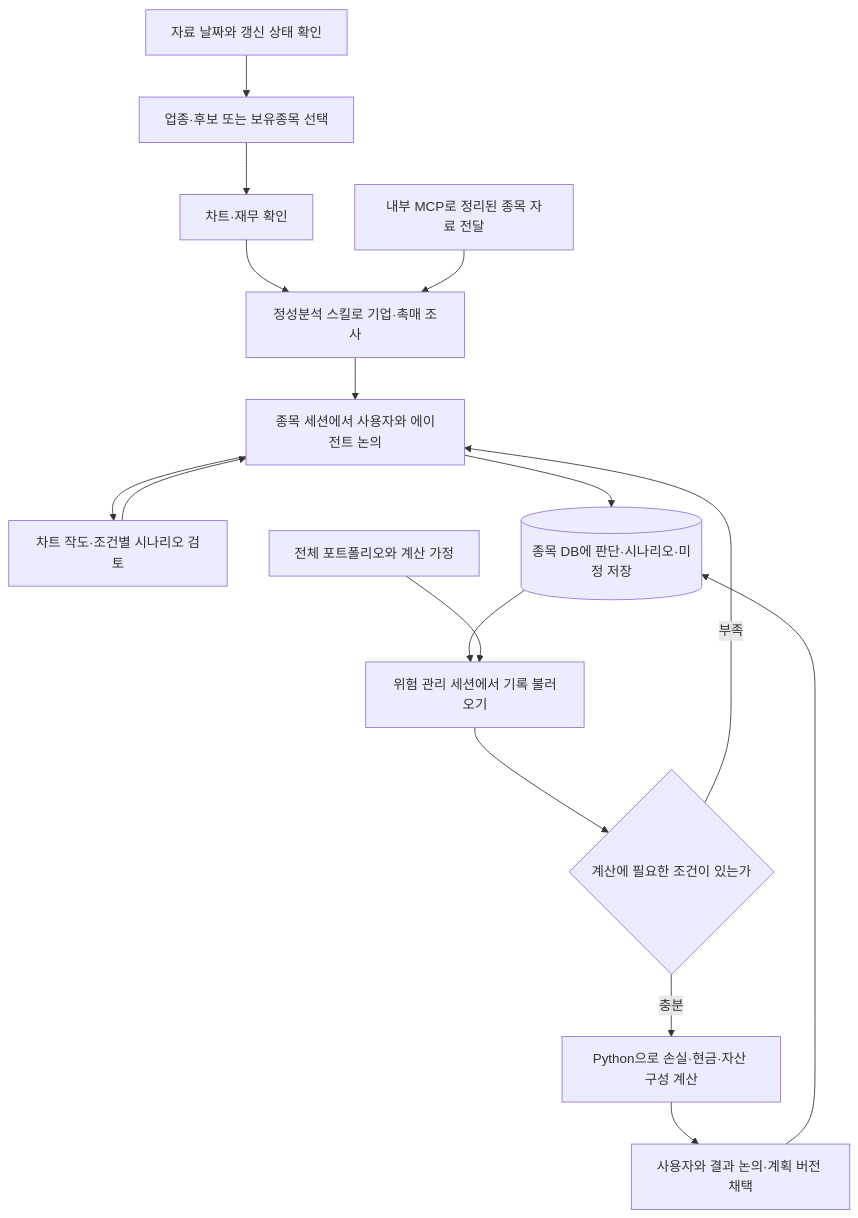
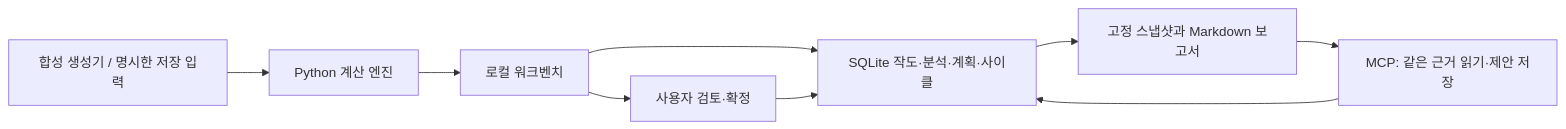
Before and after one commit to 0gnm0-afk/invest-agent-engine: the diagram in README.md, drawn with Mermaid. The commit also changed other lines of this file and 217 other files, not shown here.

````diff
--- a/README.md
+++ b/README.md
@@ -63,18 +45,11 @@
 ```mermaid
-flowchart TD
-    A[자료 날짜와 갱신 상태 확인] --> B[업종·후보 또는 보유종목 선택]
-    B --> C[차트·재무 확인]
-    C --> D[정성분석 스킬로 기업·촉매 조사]
-    M[내부 MCP로 정리된 종목 자료 전달] --> D
-    D --> E[종목 세션에서 사용자와 에이전트 논의]
-    E --> F[차트 작도·조건별 시나리오 검토]
-    F --> E
-    E --> G[(종목 DB에 판단·시나리오·미정 저장)]
-    G --> H[위험 관리 세션에서 기록 불러오기]
-    P[전체 포트폴리오와 계산 가정] --> H
-    H --> I{계산에 필요한 조건이 있는가}
-    I -- 부족 --> E
-    I -- 충분 --> J[Python으로 손실·현금·자산 구성 계산]
-    J --> K[사용자와 결과 논의·계획 버전 채택]
-    K --> G
+flowchart LR
+    A[합성 생성기 / 명시한 저장 입력] --> B[Python 계산 엔진]
+    B --> C[로컬 워크벤치]
+    C --> D[SQLite 작도·분석·계획·사이클]
+    D --> E[고정 스냅샷과 Markdown 보고서]
+    E --> F[MCP: 같은 근거 읽기·제안 저장]
+    F --> D
+    C --> G[사용자 검토·확정]
+    G --> D
 ```
````
